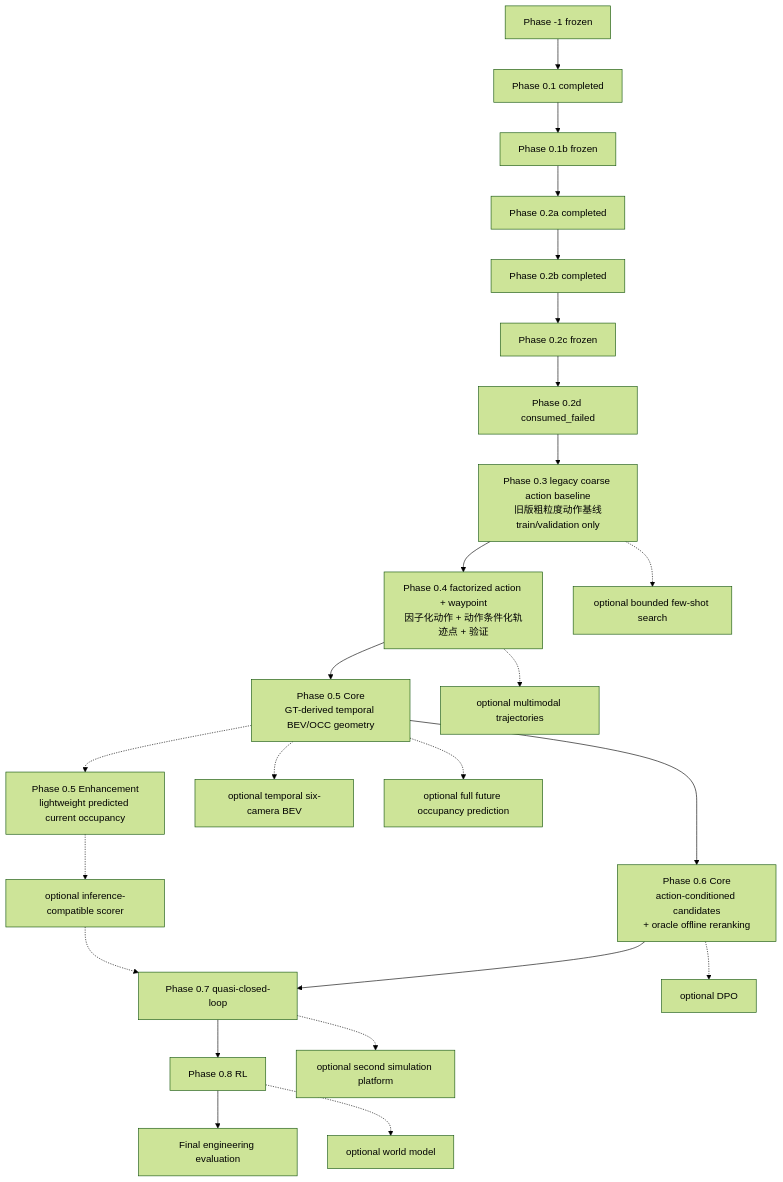
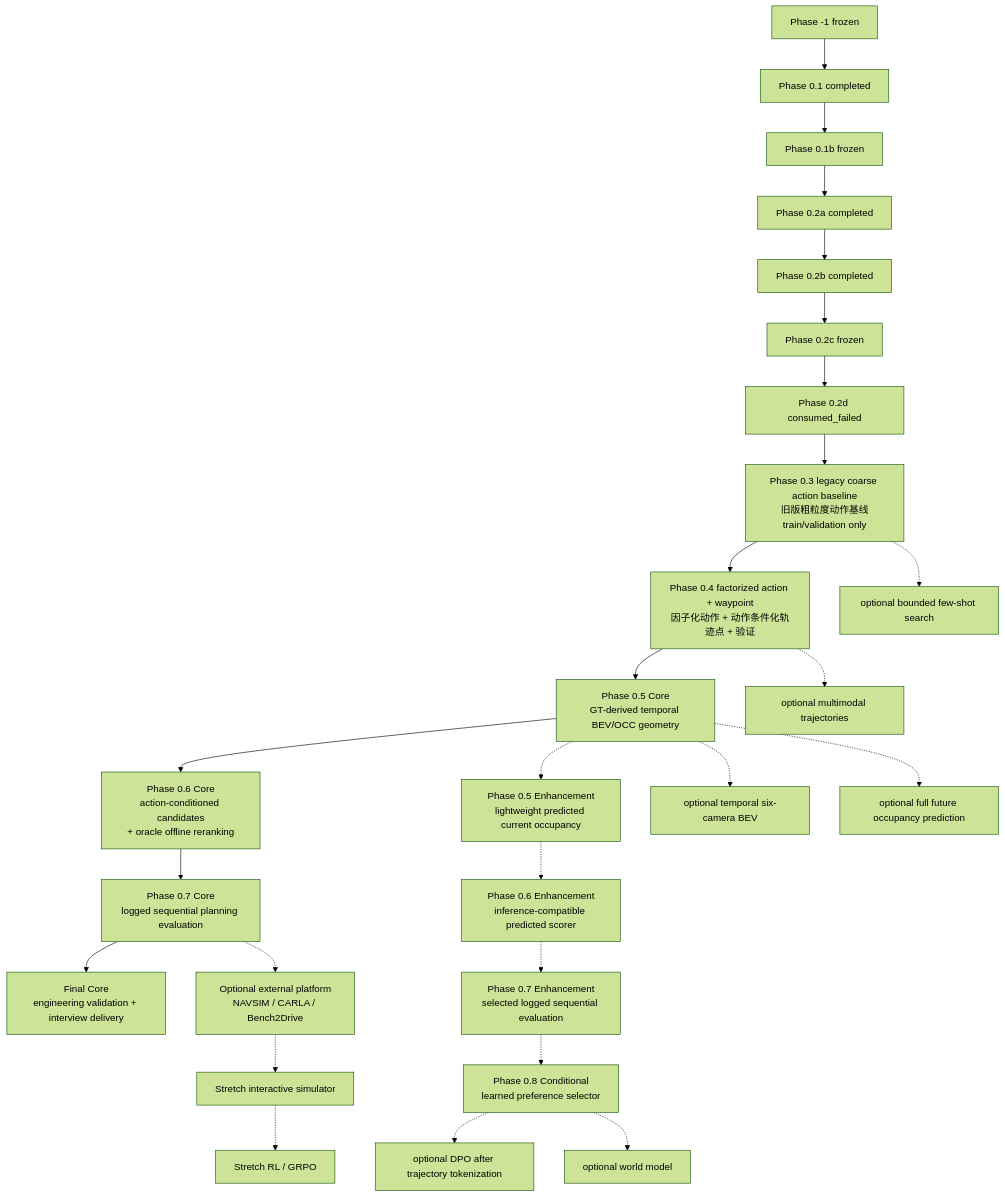
One commit to TNAG031231/4vla_learning changed the second of 2 diagrams in project_mvp_plan.md. Above: the diagram before and after it, drawn with Mermaid (forest theme). The commit also changed other lines of this file, not shown here.

Commit message:
docs: finalize logged evaluation and preference learning plan

````diff
--- a/project_mvp_plan.md
+++ b/project_mvp_plan.md
@@ -463,27 +463,29 @@
 ```mermaid
 flowchart TD
     Pm1["Phase -1 frozen"] --> P01["Phase 0.1 completed"]
     P01 --> P01b["Phase 0.1b frozen"]
     P01b --> P02a["Phase 0.2a completed"]
     P02a --> P02b["Phase 0.2b completed"]
     P02b --> P02c["Phase 0.2c frozen"]
     P02c --> P02d["Phase 0.2d consumed_failed"]
     P02d --> P03["Phase 0.3 legacy coarse action baseline<br/>旧版粗粒度动作基线<br/>train/validation only"]
     P03 --> P04["Phase 0.4 factorized action + waypoint<br/>因子化动作 + 动作条件化轨迹点 + 验证"]
     P04 --> P05["Phase 0.5 Core<br/>GT-derived temporal BEV/OCC geometry"]
     P05 --> P06["Phase 0.6 Core<br/>action-conditioned candidates<br/>+ oracle offline reranking"]
-    P06 --> P07["Phase 0.7 quasi-closed-loop"]
-    P07 --> P08["Phase 0.8 RL"]
-    P08 --> PF["Final engineering evaluation"]
+    P06 --> P07["Phase 0.7 Core<br/>logged sequential planning evaluation"]
+    P07 --> PF["Final Core<br/>engineering validation + interview delivery"]
 
     P03 -.-> OPrompt["optional bounded few-shot search"]
     P04 -.-> OMulti["optional multimodal trajectories"]
     P05 -.-> P05E["Phase 0.5 Enhancement<br/>lightweight predicted current occupancy"]
-    P05E -.-> P06E["optional inference-compatible scorer"]
-    P06E -.-> P07
+    P05E -.-> P06E["Phase 0.6 Enhancement<br/>inference-compatible predicted scorer"]
+    P06E -.-> P07E["Phase 0.7 Enhancement<br/>selected logged sequential evaluation"]
+    P07E -.-> P08["Phase 0.8 Conditional<br/>learned preference selector"]
     P05 -.-> OTemporalBEV["optional temporal six-camera BEV"]
     P05 -.-> OFutureOcc["optional full future occupancy prediction"]
-    P06 -.-> ODPO["optional DPO"]
-    P07 -.-> OPlatform["optional second simulation platform"]
+    P07 -.-> OPlatform["Optional external platform<br/>NAVSIM / CARLA / Bench2Drive"]
+    OPlatform -.-> OSim["Stretch interactive simulator"]
+    OSim -.-> ORL["Stretch RL / GRPO"]
+    P08 -.-> ODPO["optional DPO after trajectory tokenization"]
     P08 -.-> OWorld["optional world model"]
 ```
````
